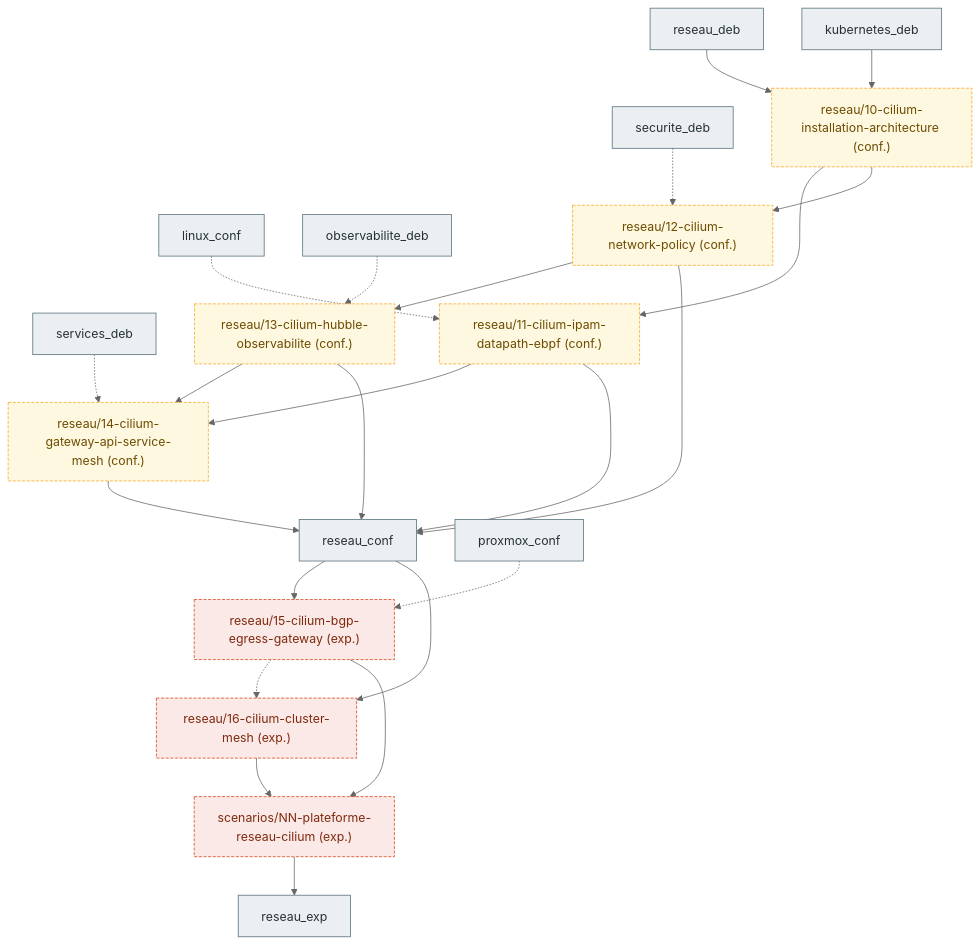
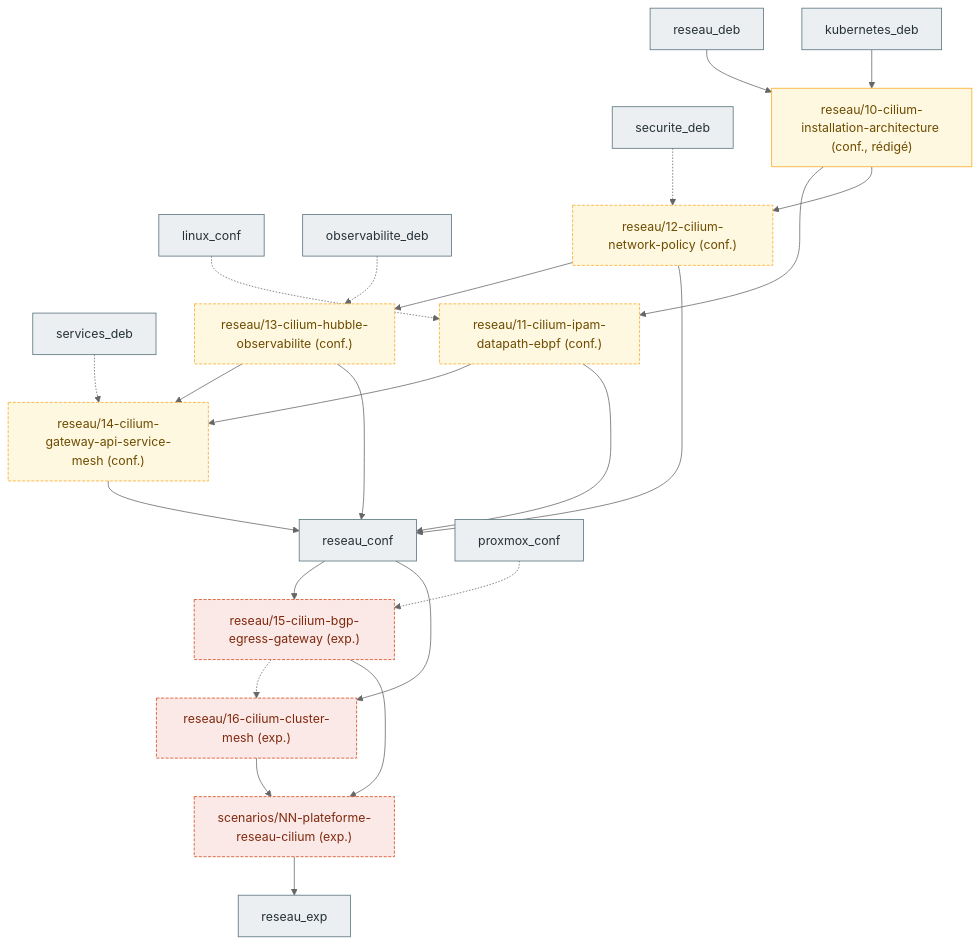
The seventh of 7 diagrams in docs/prerequis.md (cemah2/WorkbookDevops), drawn with Mermaid (neutral theme) before and after one commit. The commit also changed other lines of this file and 11 other files, not shown here.

First line of the commit message:
fiches(reseau/10): Cilium installation et architecture — fiche, manifests, solutions, pannes, flashcards

````diff
--- a/docs/prerequis.md
+++ b/docs/prerequis.md
@@ -290,51 +290,52 @@
 ```mermaid
 flowchart TB
   classDef ref fill:#eceff1,stroke:#546e7a,color:#263238
+  classDef conf fill:#fff8e1,stroke:#f9a825,color:#6d4c00
   classDef plan fill:#fff8e1,stroke:#f9a825,color:#6d4c00,stroke-dasharray: 4 2
   classDef planexp fill:#fbe9e7,stroke:#d84315,color:#7f2a0f,stroke-dasharray: 4 2
 
   reseau_deb[reseau_deb]:::ref
   reseau_conf[reseau_conf]:::ref
   reseau_exp[reseau_exp]:::ref
   kubernetes_deb[kubernetes_deb]:::ref
   linux_conf[linux_conf]:::ref
   securite_deb[securite_deb]:::ref
   observabilite_deb[observabilite_deb]:::ref
   services_deb[services_deb]:::ref
   proxmox_conf[proxmox_conf]:::ref
 
-  cil_install["reseau/10-cilium-installation-architecture (conf.)"]:::plan
+  cil_install["reseau/10-cilium-installation-architecture (conf., rédigé)"]:::conf
   cil_datapath["reseau/11-cilium-ipam-datapath-ebpf (conf.)"]:::plan
   cil_policy["reseau/12-cilium-network-policy (conf.)"]:::plan
   cil_hubble["reseau/13-cilium-hubble-observabilite (conf.)"]:::plan
   cil_gateway["reseau/14-cilium-gateway-api-service-mesh (conf.)"]:::plan
   cil_bgp["reseau/15-cilium-bgp-egress-gateway (exp.)"]:::planexp
   cil_mesh["reseau/16-cilium-cluster-mesh (exp.)"]:::planexp
   s_cilium["scenarios/NN-plateforme-reseau-cilium (exp.)"]:::planexp
 
   %% rattachement aux nœuds de référence
   reseau_deb --> cil_install
   kubernetes_deb --> cil_install
   linux_conf -.-> cil_datapath
   securite_deb -.-> cil_policy
   observabilite_deb -.-> cil_hubble
   services_deb -.-> cil_gateway
   proxmox_conf -.-> cil_bgp
 
   %% progression intra-domaine (jamais déb. -> exp.)
   cil_install --> cil_datapath
   cil_install --> cil_policy
   cil_policy --> cil_hubble
   cil_hubble --> cil_gateway
   cil_datapath --> cil_gateway
   cil_datapath --> reseau_conf
   cil_policy --> reseau_conf
   cil_hubble --> reseau_conf
   cil_gateway --> reseau_conf
   reseau_conf --> cil_bgp
   reseau_conf --> cil_mesh
   cil_bgp -.-> cil_mesh
   cil_bgp --> s_cilium
   cil_mesh --> s_cilium
   s_cilium --> reseau_exp
 ```
````
